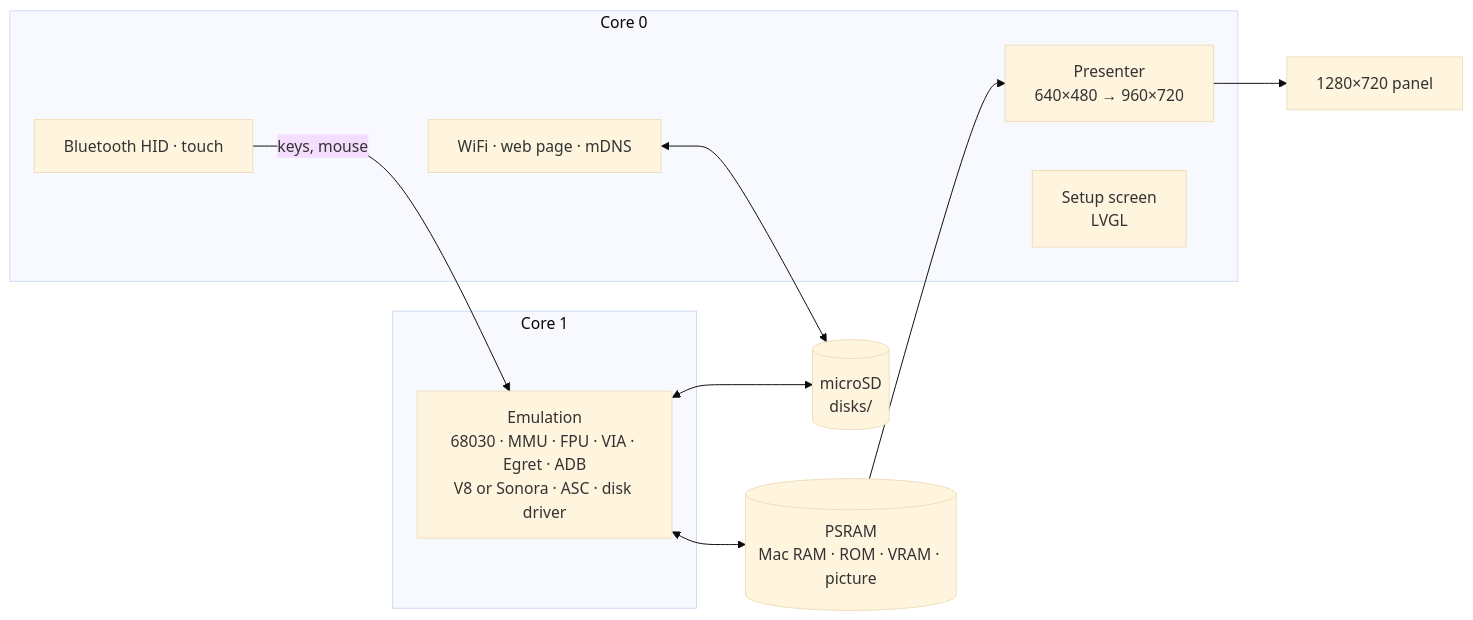
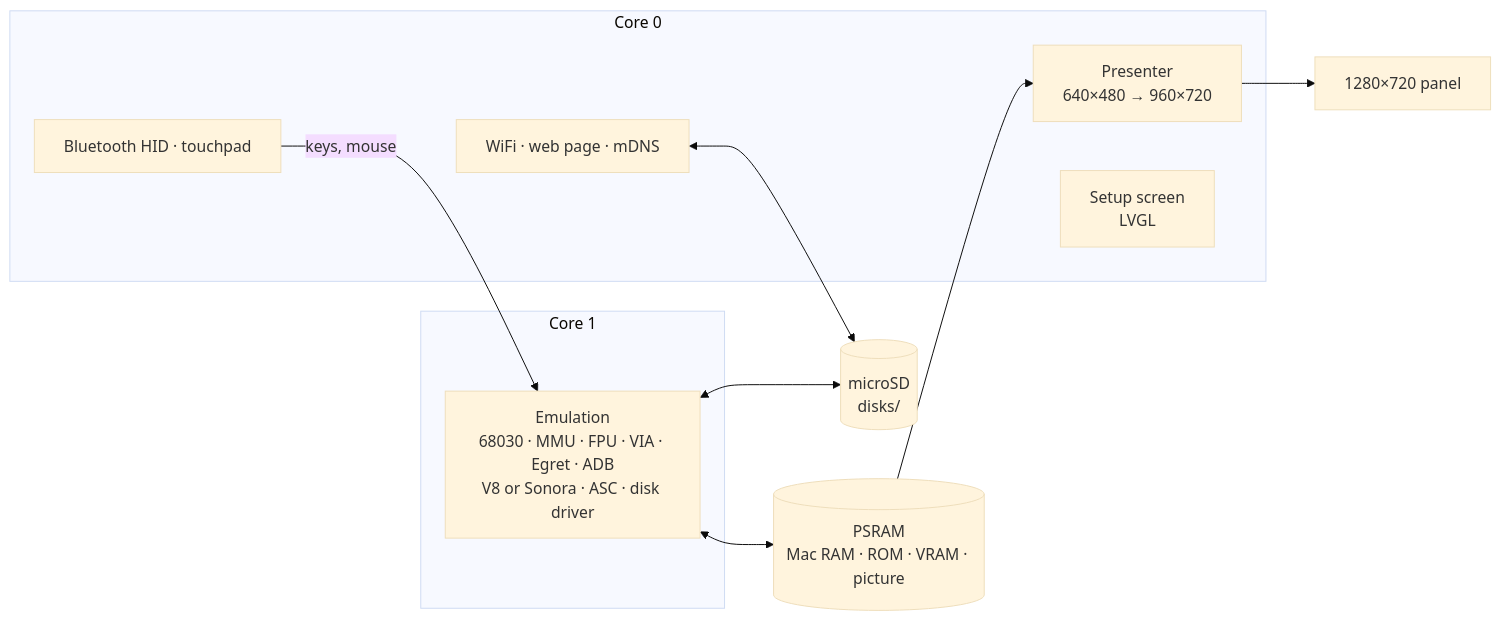
One commit to rlucencic/esp32mac3 changed the diagram in README.md. Above: the diagram before and after it, drawn with Mermaid (base theme). The commit also changed other lines of this file and 4 other files, not shown here.

First line of the commit message:
The touch screen as a touchpad, not the pointer under the finger

````diff
--- a/README.md
+++ b/README.md
@@ -232,20 +235,20 @@
 ```mermaid
 flowchart LR
   subgraph core1 [Core 1]
     EMU["Emulation<br>68030 · MMU · FPU · VIA · Egret · ADB<br>V8 or Sonora · ASC · disk driver"]
   end
   subgraph core0 [Core 0]
     PRES[Presenter<br>640×480 → 960×720]
     UI[Setup screen<br>LVGL]
     NET[WiFi · web page · mDNS]
-    BLE[Bluetooth HID · touch]
+    BLE[Bluetooth HID · touchpad]
   end
   PSRAM[(PSRAM<br>Mac RAM · ROM · VRAM · picture)]
   SD[(microSD<br>disks/)]
   EMU <--> PSRAM
   PSRAM --> PRES
   PRES --> LCD[1280×720 panel]
   BLE -- keys, mouse --> EMU
   EMU <--> SD
   NET <--> SD
 ```
````
